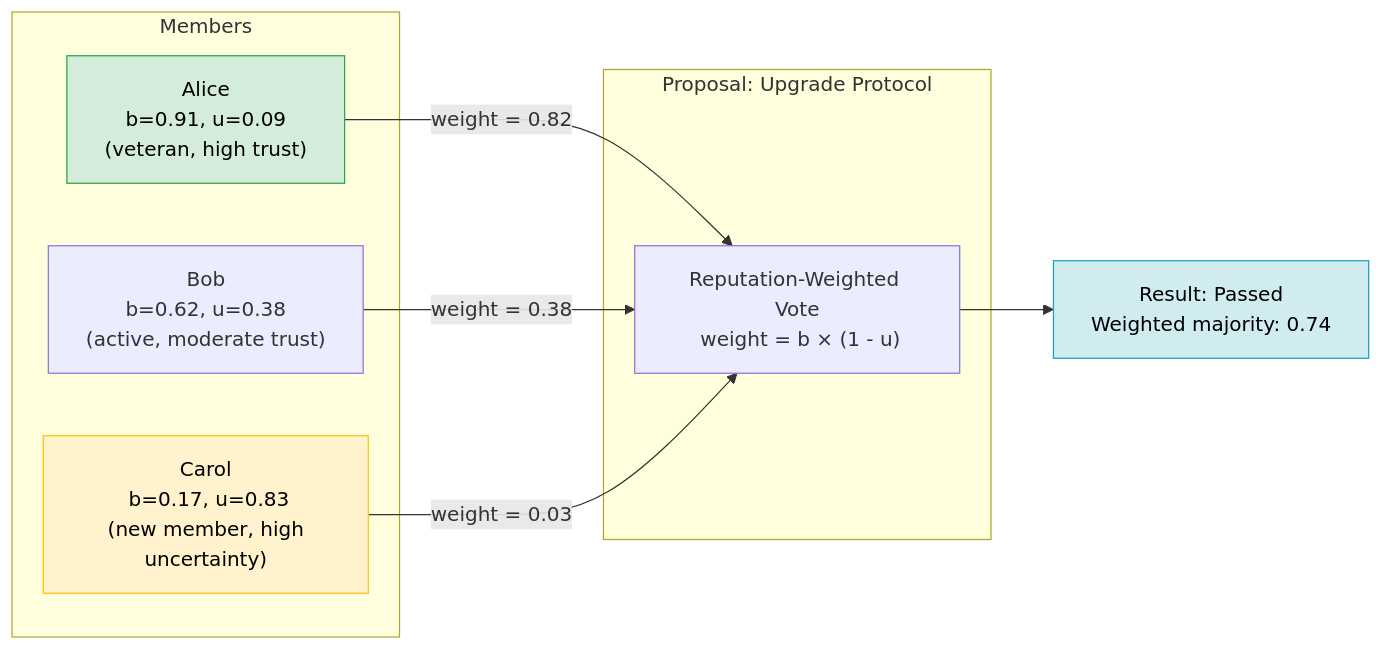
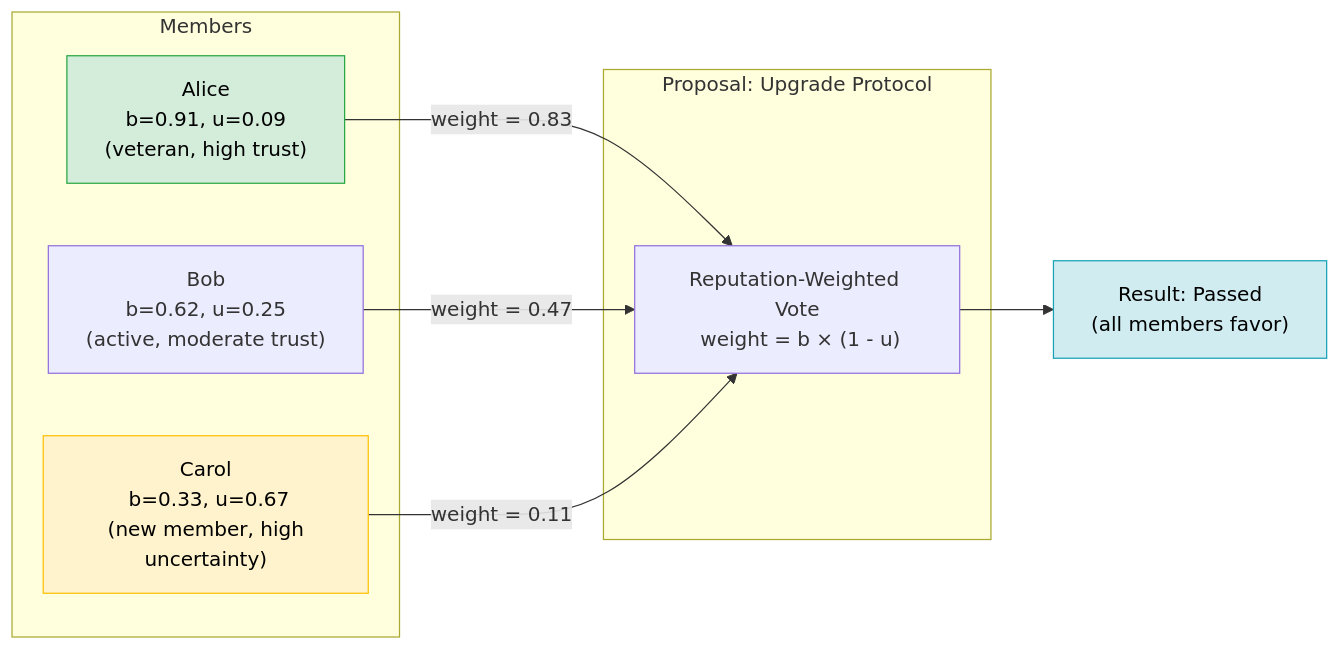
The fifth of 7 diagrams in rust/README.md (Steake/EQBSL), drawn with Mermaid before and after one commit. The commit also changed other lines of this file, not shown here.

Commit message:
docs(rust): fix diagram/code value mismatches and address review comments

````diff
--- a/rust/README.md
+++ b/rust/README.md
@@ -317,22 +317,22 @@
 ```mermaid
 graph LR
     subgraph Members
         A["Alice\n b=0.91, u=0.09\n (veteran, high trust)"]
-        B["Bob\n b=0.62, u=0.38\n (active, moderate trust)"]
-        C["Carol\n b=0.17, u=0.83\n (new member, high uncertainty)"]
+        B["Bob\n b=0.62, u=0.25\n (active, moderate trust)"]
+        C["Carol\n b=0.33, u=0.67\n (new member, high uncertainty)"]
     end
 
     subgraph Proposal["Proposal: Upgrade Protocol"]
         V["Reputation-Weighted Vote\n weight = b × (1 - u)"]
     end
 
-    A -->|"weight = 0.82"| V
-    B -->|"weight = 0.38"| V
-    C -->|"weight = 0.03"| V
+    A -->|"weight = 0.83"| V
+    B -->|"weight = 0.47"| V
+    C -->|"weight = 0.11"| V
 
-    V --> R["Result: Passed\n Weighted majority: 0.74"]
+    V --> R["Result: Passed\n (all members favor)"]
 
     style A fill:#d4edda,stroke:#28a745,color:#000000
     style C fill:#fff3cd,stroke:#ffc107,color:#000000
     style R fill:#d1ecf1,stroke:#17a2b8,color:#000000
 ```
````
